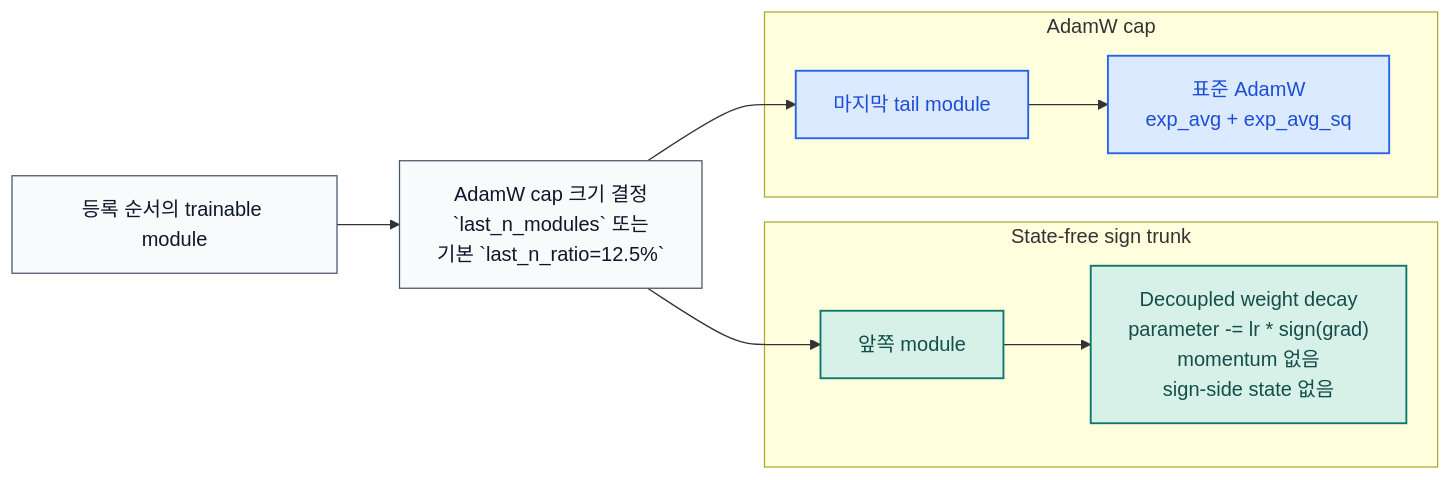
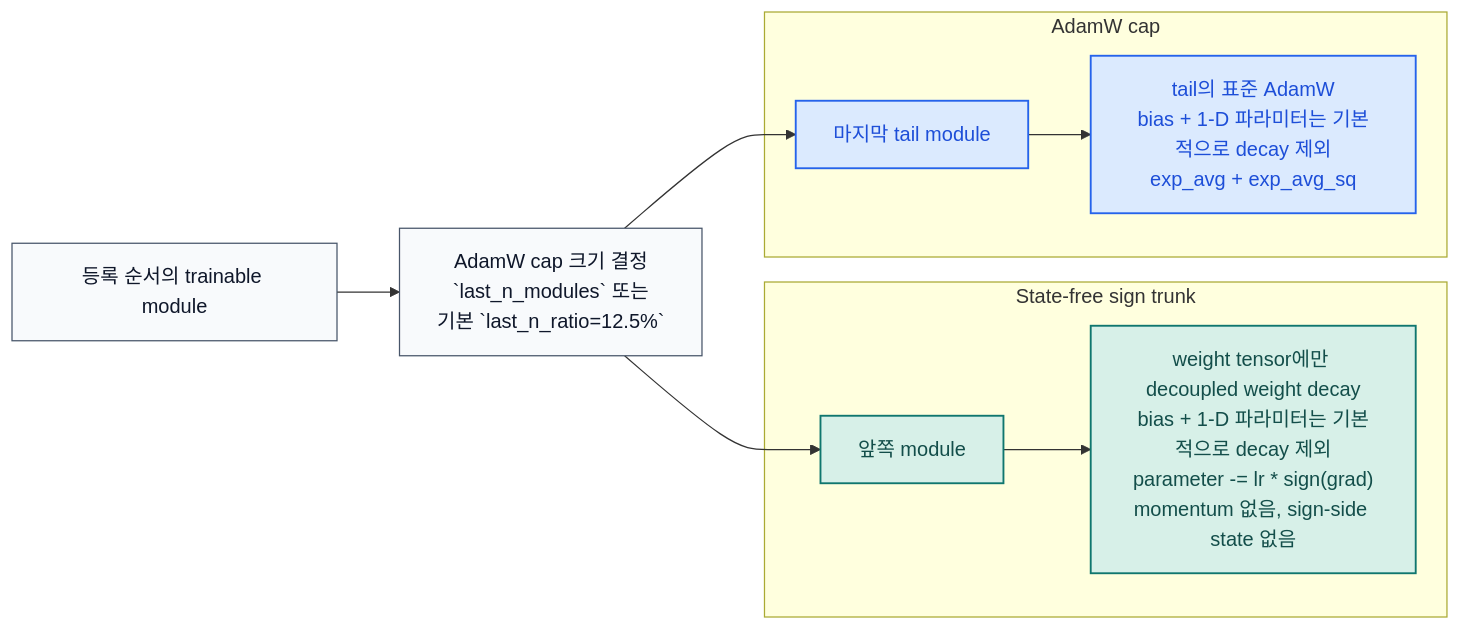
The diagram in README.ko.md (smturtle2/stac-optimizer), drawn with Mermaid before and after one commit. The commit also changed other lines of this file and 9 other files, not shown here.

````diff
--- a/README.ko.md
+++ b/README.ko.md
@@ -28,29 +29,29 @@
 ```mermaid
 flowchart LR
     A["등록 순서의 trainable module"]
     B["AdamW cap 크기 결정<br/>`last_n_modules` 또는<br/>기본 `last_n_ratio=12.5%`"]
 
     subgraph S["State-free sign trunk"]
         C["앞쪽 module"]
-        D["Decoupled weight decay<br/>parameter -= lr * sign(grad)<br/>momentum 없음<br/>sign-side state 없음"]
+        D["weight tensor에만 decoupled weight decay<br/>bias + 1-D 파라미터는 기본적으로 decay 제외<br/>parameter -= lr * sign(grad)<br/>momentum 없음, sign-side state 없음"]
     end
 
     subgraph T["AdamW cap"]
         E["마지막 tail module"]
-        F["표준 AdamW<br/>exp_avg + exp_avg_sq"]
+        F["tail의 표준 AdamW<br/>bias + 1-D 파라미터는 기본적으로 decay 제외<br/>exp_avg + exp_avg_sq"]
     end
 
     A --> B
     B --> C
     B --> E
     C --> D
     E --> F
 
     classDef neutral fill:#f8fafc,stroke:#475569,color:#0f172a,stroke-width:1px;
     classDef sign fill:#d7f0e8,stroke:#0f766e,color:#134e4a,stroke-width:1.5px;
     classDef adam fill:#dbeafe,stroke:#2563eb,color:#1d4ed8,stroke-width:1.5px;
 
     class A,B neutral;
     class C,D sign;
     class E,F adam;
 ```
````
